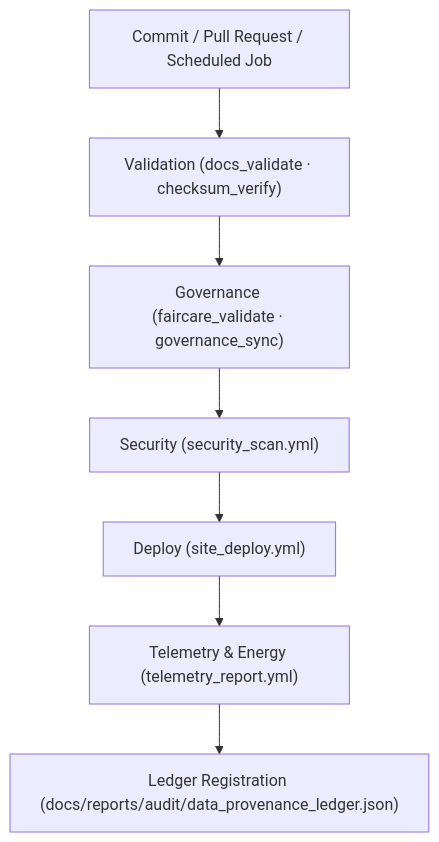
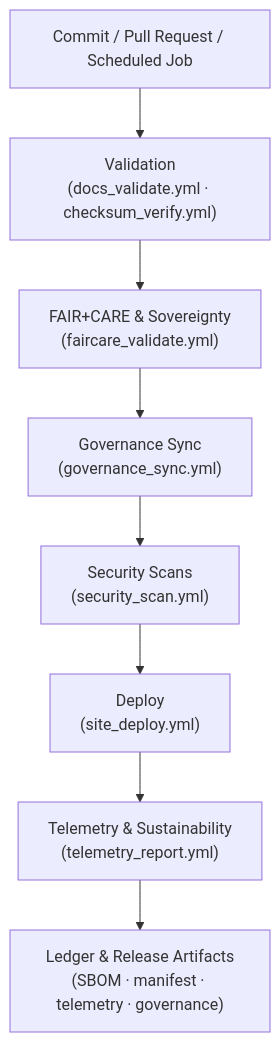
Before and after one commit to bartytime4life/Kansas-Frontier-Matrix: the diagram in tools/ci/README.md, drawn with Mermaid. The commit also changed other lines of this file, not shown here.

````diff
--- a/tools/ci/README.md
+++ b/tools/ci/README.md
@@ -62,9 +143,11 @@
-```mermaid
+~~~~mermaid
 flowchart TD
-    A["Commit / Pull Request / Scheduled Job"] --> B["Validation (docs_validate · checksum_verify)"]
-    B --> C["Governance (faircare_validate · governance_sync)"]
-    C --> D["Security (security_scan.yml)"]
-    D --> E["Deploy (site_deploy.yml)"]
-    E --> F["Telemetry & Energy (telemetry_report.yml)"]
-    F --> G["Ledger Registration (docs/reports/audit/data_provenance_ledger.json)"]
-```
+    A["Commit / Pull Request / Scheduled Job"]
+      --> B["Validation\n(docs_validate.yml · checksum_verify.yml)"]
+    B --> C["FAIR+CARE & Sovereignty\n(faircare_validate.yml)"]
+    C --> D["Governance Sync\n(governance_sync.yml)"]
+    D --> E["Security Scans\n(security_scan.yml)"]
+    E --> F["Deploy\n(site_deploy.yml)"]
+    F --> G["Telemetry & Sustainability\n(telemetry_report.yml)"]
+    G --> H["Ledger & Release Artifacts\n(SBOM · manifest · telemetry · governance)"]
+~~~~
````
